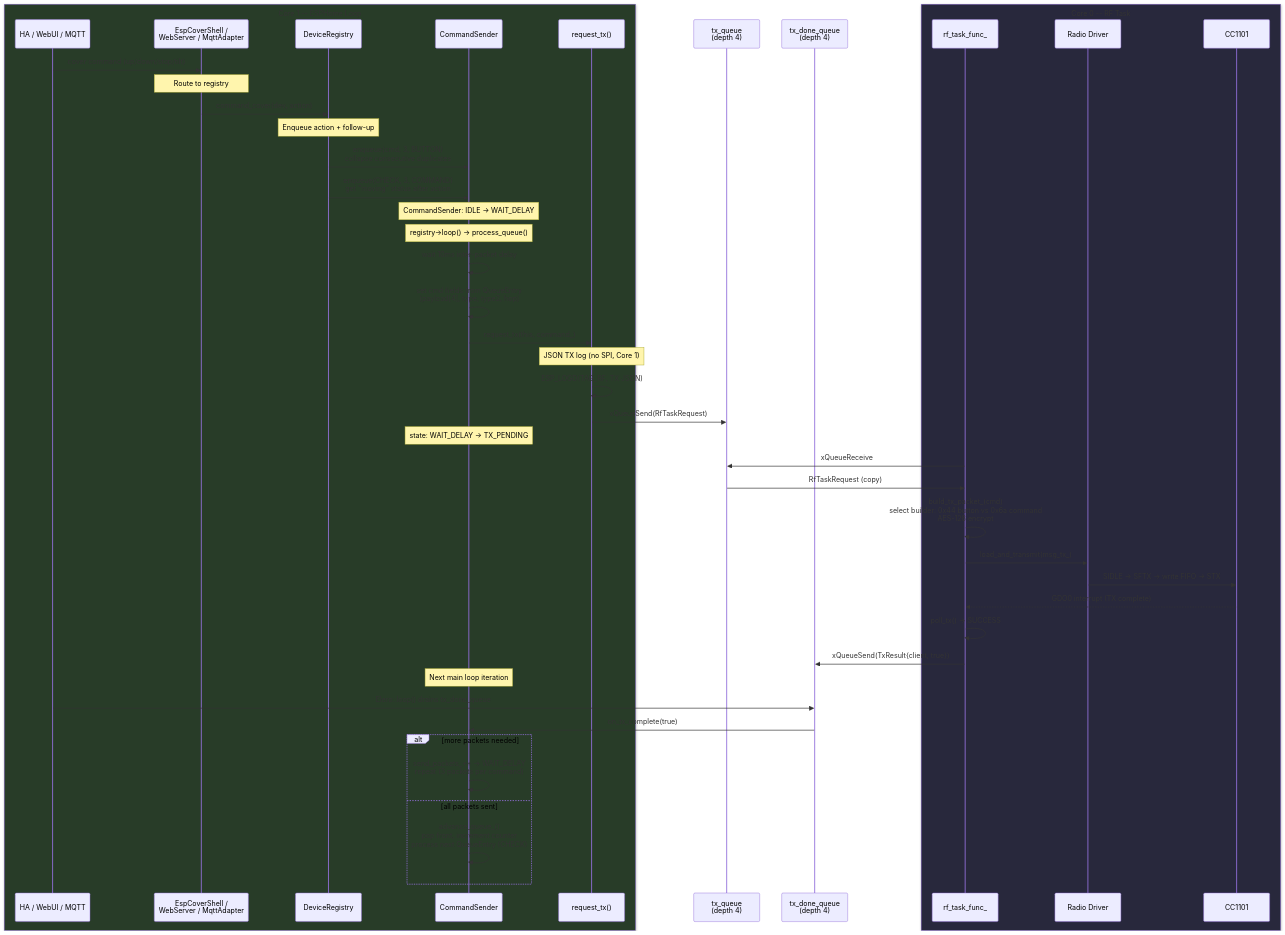
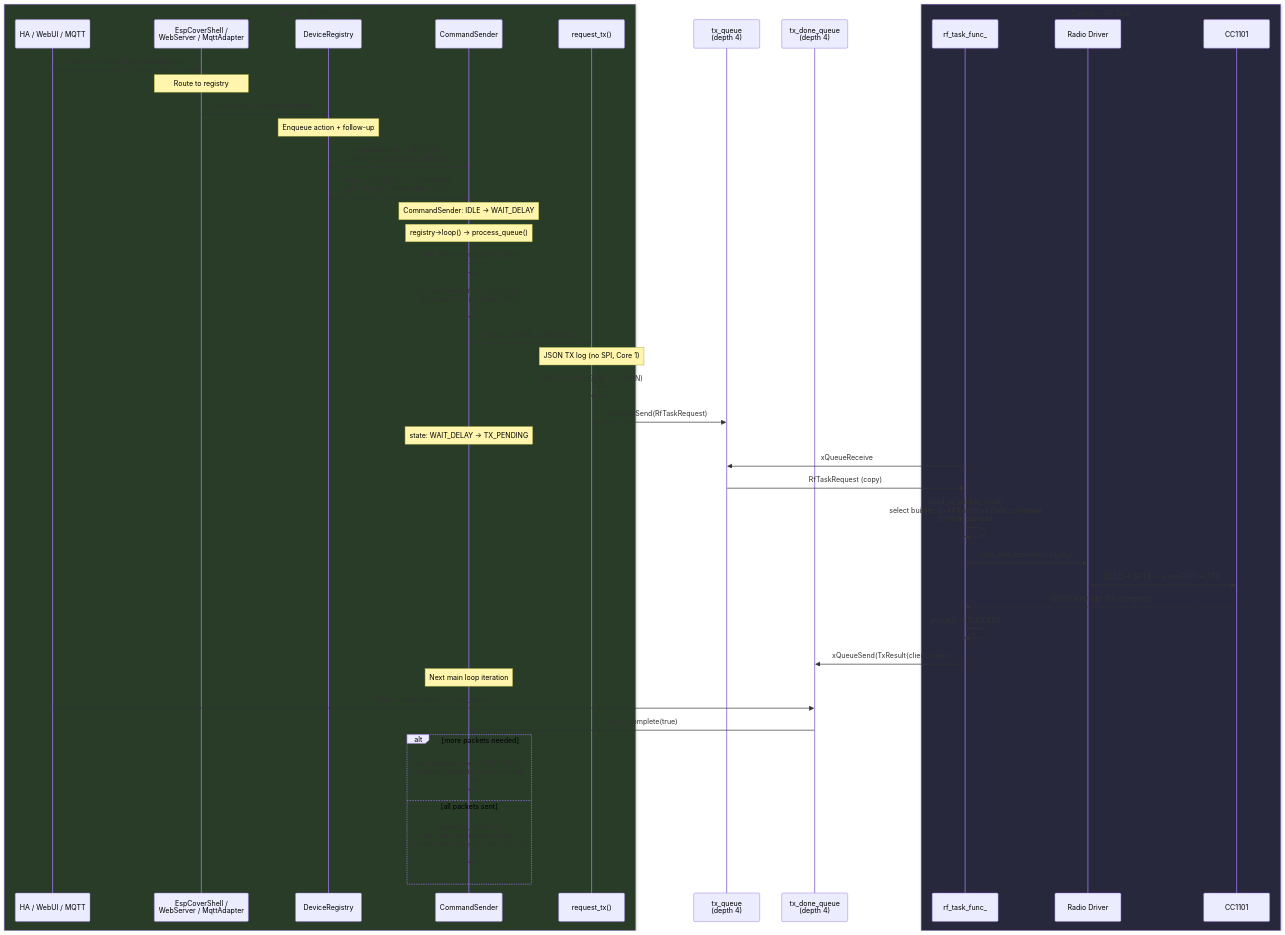
Before and after one commit to manuschillerdev/esphome-elero: the fourth of 7 diagrams in docs/flows/STATE_MACHINES.md, drawn with Mermaid. The commit also changed other lines of this file and 4 other files, not shown here.

````diff
--- a/docs/flows/STATE_MACHINES.md
+++ b/docs/flows/STATE_MACHINES.md
@@ -306,59 +306,59 @@
 ```mermaid
 sequenceDiagram
     box rgb(40,60,40) Core 1 -- ESPHome Loop
         participant User as HA / WebUI / MQTT
         participant Adapter as EspCoverShell /<br/>WebServer / MqttAdapter
         participant Registry as DeviceRegistry
         participant Sender as CommandSender
         participant ReqTx as request_tx()
     end
     participant TXQ as tx_queue<br/>(depth 4)
     participant DQ as tx_done_queue<br/>(depth 4)
     box rgb(40,40,60) Core 0 -- RF Task
         participant RF as rf_task_func_
         participant Driver as Radio Driver
         participant HW as CC1101
     end
 
     User->>Adapter: cover command (up/down/stop/tilt)
 
     Note over Adapter: Route to registry
     Adapter->>Registry: command_cover(dev, action)
 
     Note over Registry: Enqueue action + follow-up
     Registry->>Sender: enqueue(cmd, 3, BUTTON)<br/>collapse consecutive duplicates
     Registry->>Sender: enqueue(CHECK, 3, COMMAND)<br/>get "moving" status after action
 
     Note over Sender: CommandSender: IDLE -> WAIT_DELAY
     Note over Sender: registry->loop() -> process_queue()
 
     Sender->>Sender: wait 10ms inter-packet delay
     Sender->>Sender: set cmd fields from QueueEntry<br/>(payload[4], type, type2, hop)
     Sender->>ReqTx: request_tx(this, command_)
 
     Note over ReqTx: JSON TX log (no SPI, Core 1)
     ReqTx->>ReqTx: ESP_LOGD(TAG_RF, TX JSON)
     ReqTx->>TXQ: xQueueSend(RfTaskRequest)
 
     Note over Sender: state: WAIT_DELAY -> TX_PENDING
 
     RF->>TXQ: xQueueReceive
     TXQ->>RF: RfTaskRequest (copy)
-    RF->>RF: build_tx_packet_(cmd)<br/>select builder: 0x44 button vs 0x6a command<br/>AES-128 encrypt
+    RF->>RF: build_tx_packet_(cmd)<br/>select builder: 0x44 button vs 0x6a command<br/>Encode payload
     RF->>Driver: load_and_transmit(msg_tx_)
     Driver->>HW: SIDLE -> SFTX -> write FIFO -> STX
     HW-->>RF: GDO0 interrupt (TX complete)
     RF->>RF: poll_tx() -> SUCCESS
 
     RF->>DQ: xQueueSend(TxResult{client, true})
 
     Note over Sender: Next main loop iteration
     User->>DQ: Elero::loop() drains tx_done_queue
     DQ->>Sender: on_tx_complete(true)
 
     alt more packets needed
         Sender->>Sender: send_packets_++ -> WAIT_DELAY<br/>repeat (3 packets per command)
     else all packets sent
         Sender->>Sender: advance_queue_()<br/>pop front, increment counter<br/>process next QueueEntry (CHECK)
     end
 ```
````
